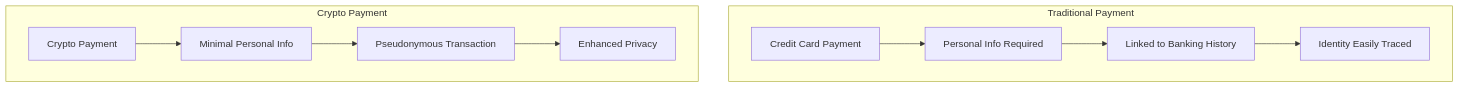
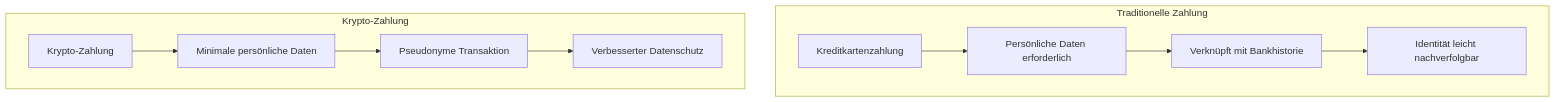
The second of 3 diagrams in app/views/docs/crypto-payments-privacy-email-service/index-de.md (forwardemail/forwardemail.net), drawn with Mermaid before and after one commit. The commit also changed other lines of this file and 1055 other files, not shown here.

````diff
--- a/app/views/docs/crypto-payments-privacy-email-service/index-de.md
+++ b/app/views/docs/crypto-payments-privacy-email-service/index-de.md
@@ -63,14 +68,14 @@
 ```mermaid
 graph TD
-    subgraph "Traditional Payment"
-    A[Credit Card Payment] --> B[Personal Info Required]
-    B --> C[Linked to Banking History]
-    C --> D[Identity Easily Traced]
+    subgraph "Traditionelle Zahlung"
+    A[Kreditkartenzahlung] --> B[Persönliche Daten erforderlich]
+    B --> C[Verknüpft mit Bankhistorie]
+    C --> D[Identität leicht nachverfolgbar]
     end
 
-    subgraph "Crypto Payment"
-    E[Crypto Payment] --> F[Minimal Personal Info]
-    F --> G[Pseudonymous Transaction]
-    G --> H[Enhanced Privacy]
+    subgraph "Krypto-Zahlung"
+    E[Krypto-Zahlung] --> F[Minimale persönliche Daten]
+    F --> G[Pseudonyme Transaktion]
+    G --> H[Verbesserter Datenschutz]
     end
 ```
````
